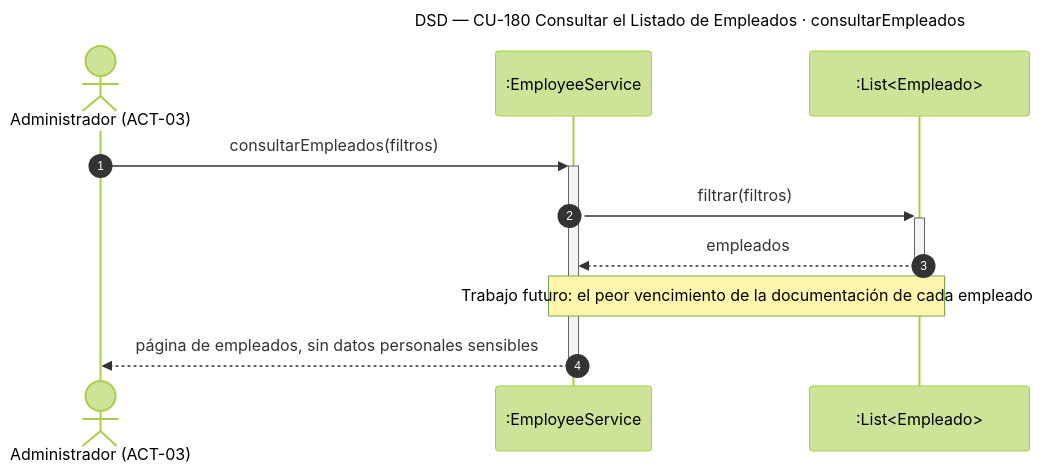
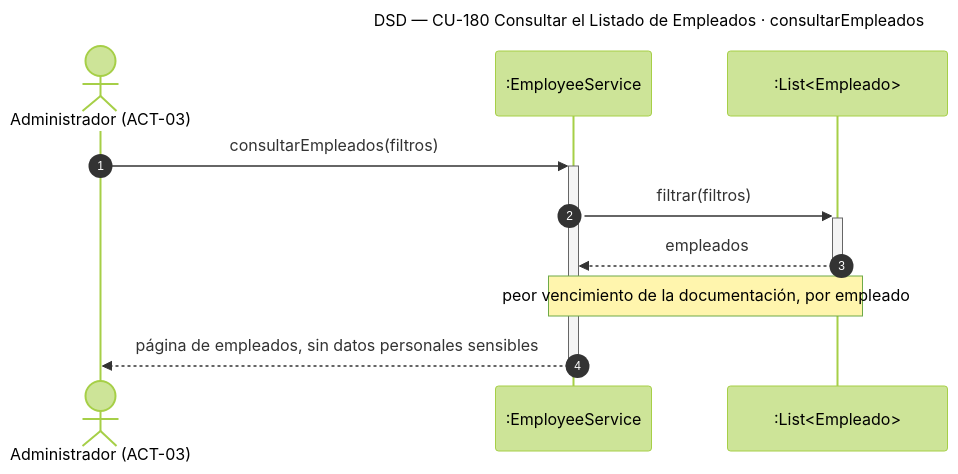
Before and after one commit to Nahuelito-Dev/splg-docs: the diagram in diagramas/DSD_CU-180_consultarEmpleados.mmd, drawn with Mermaid (forest theme). The commit also changed 12 other files, not shown here.

Commit message:
docs(catedra): 📝 estado al 17/11/2026 en el plan y las iteraciones, y justificación de GraphQL y facturación

```diff
--- a/diagramas/DSD_CU-180_consultarEmpleados.mmd
+++ b/diagramas/DSD_CU-180_consultarEmpleados.mmd
@@ -1,12 +1,12 @@
 sequenceDiagram
     title DSD — CU-180 Consultar el Listado de Empleados · consultarEmpleados
     autonumber
     actor ADM as Administrador (ACT-03)
     participant SRV as :EmployeeService
     participant LST as :List#lt;Empleado#gt;
 
     ADM->>+SRV: consultarEmpleados(filtros)
     SRV->>+LST: filtrar(filtros)
     LST-->>-SRV: empleados
-    Note over SRV,LST: Trabajo futuro: el peor vencimiento de la documentación de cada empleado
+    Note over SRV,LST: peor vencimiento de la documentación, por empleado
     SRV-->>-ADM: página de empleados, sin datos personales sensibles
```
